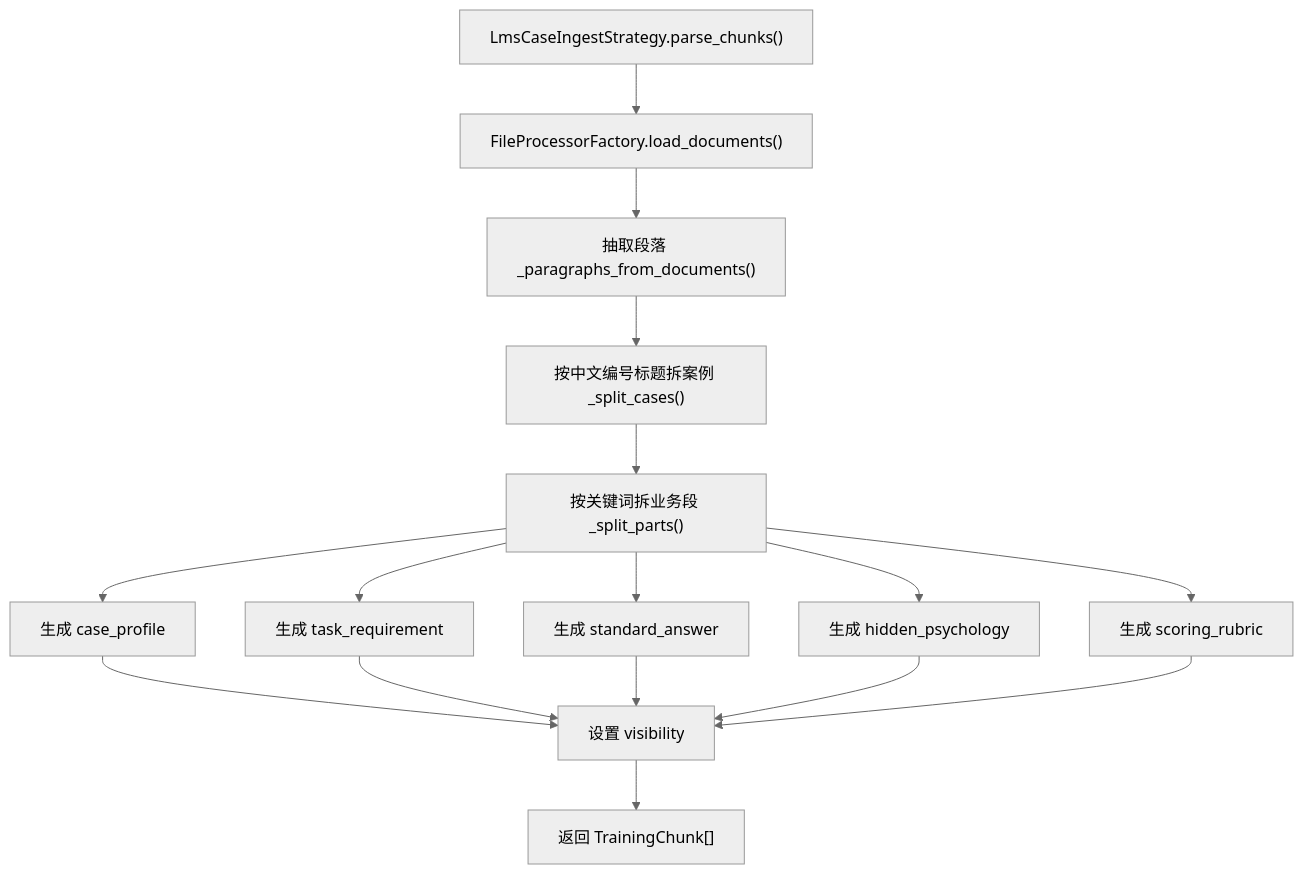
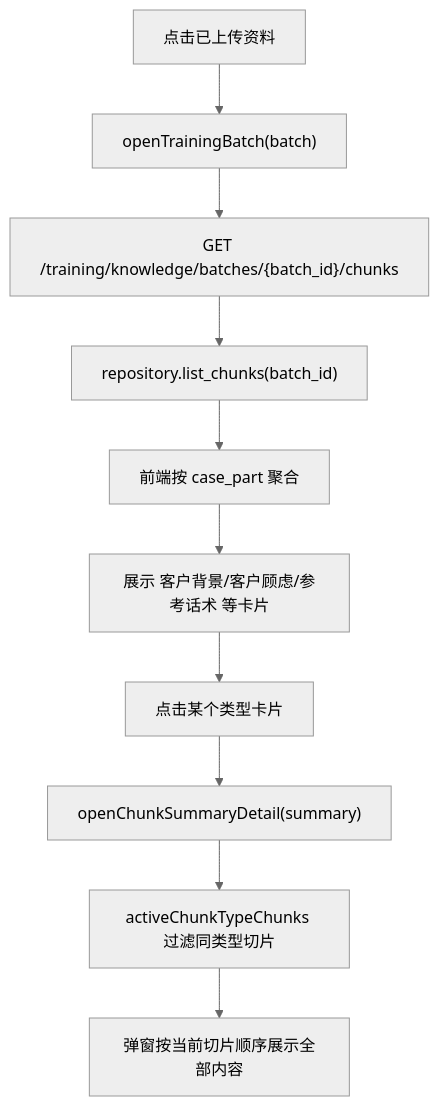
Before and after one commit to chen-liang-22/AI_RAG_Agent_Project: the fourth of 5 diagrams in docs/销售训练资料管理上传文件流程.md, drawn with Mermaid (neutral theme). The commit also changed other lines of this file and 6 other files, not shown here.

````diff
--- a/docs/销售训练资料管理上传文件流程.md
+++ b/docs/销售训练资料管理上传文件流程.md
@@ -150,18 +148,12 @@
 ```mermaid
 flowchart TD
-    A["LmsCaseIngestStrategy.parse_chunks()"] --> B["FileProcessorFactory.load_documents()"]
-    B --> C["抽取段落 _paragraphs_from_documents()"]
-    C --> D["按中文编号标题拆案例 _split_cases()"]
-    D --> E["按关键词拆业务段 _split_parts()"]
-    E --> F["生成 case_profile"]
-    E --> G["生成 task_requirement"]
-    E --> H["生成 standard_answer"]
-    E --> I["生成 hidden_psychology"]
-    E --> J["生成 scoring_rubric"]
-    F --> K["设置 visibility"]
-    G --> K
-    H --> K
-    I --> K
-    J --> K
-    K --> L["返回 TrainingChunk[]"]
+    A["点击已上传资料"] --> B["openTrainingBatch(batch)"]
+    B --> C["GET /training/knowledge/batches/{batch_id}/chunks"]
+    C --> D["repository.list_chunks(batch_id)"]
+    D --> E["前端按 case_part 聚合"]
+    E --> F["展示 客户背景/客户顾虑/参考话术 等卡片"]
+    F --> G["点击某个类型卡片"]
+    G --> H["openChunkSummaryDetail(summary)"]
+    H --> I["activeChunkTypeChunks 过滤同类型切片"]
+    I --> J["弹窗按当前切片顺序展示全部内容"]
 ```
````
